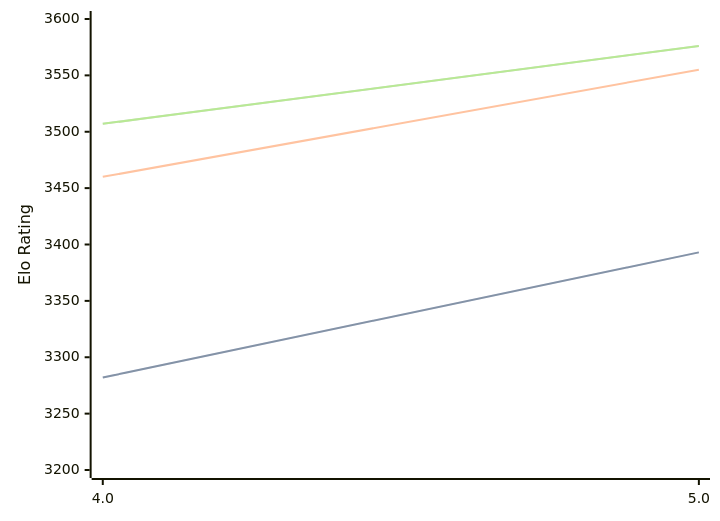
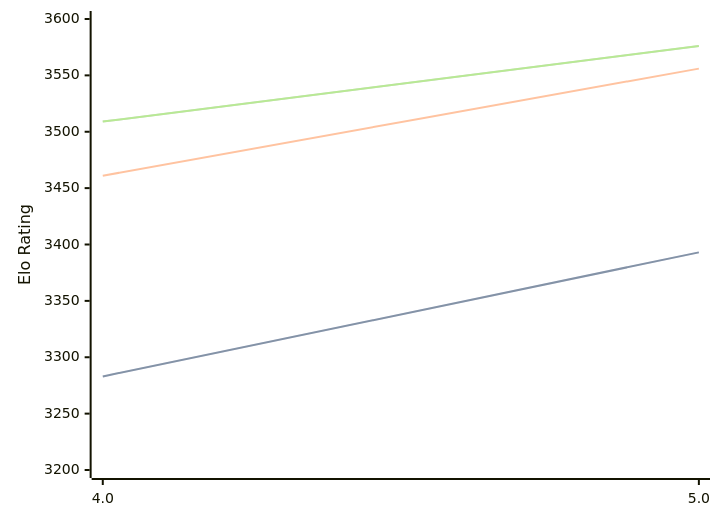
The diagram in engines/Tarnished.md (computer-chess-index/cci), drawn with Mermaid before and after one commit. The commit also changed other lines of this file, not shown here.

Commit message:
Update CCI Ratings (ELO VLTC) - 2026-04-13

````diff
--- a/engines/Tarnished.md
+++ b/engines/Tarnished.md
@@ -36,11 +36,11 @@
 ```mermaid
 %%{init: {"theme":"base","themeVariables":{"seriesColors:['#a3a3a3','#222221','#faa371']}}}%%
 xychart-beta
   x-axis ["4.0", "5.0"]
   y-axis "Elo Rating" 3200 --> 3600
-  line "STC (8.0+0.08s)" [3282, 3393]
-  line "STC (8.0+0.08s)" [3282, 3393]
-  line "LTC (60.0+0.60s)" [3460, 3555]
-  line "VLTC (2m24s+1.12s)" [3507, 3576]
-  line "VLTC (2m24s+1.12s)" [3507, 3576]
+  line "STC (8.0+0.08s)" [3283, 3393]
+  line "STC (8.0+0.08s)" [3283, 3393]
+  line "LTC (60.0+0.60s)" [3461, 3556]
+  line "VLTC (2m24s+1.12s)" [3509, 3576]
+  line "VLTC (2m24s+1.12s)" [3509, 3576]
 ```
````
